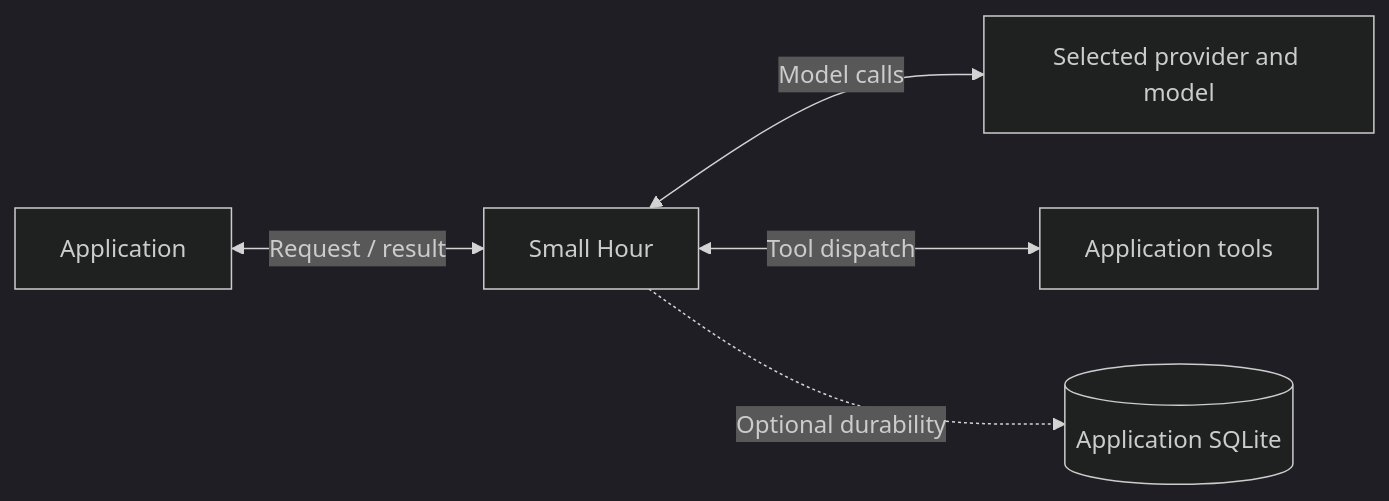
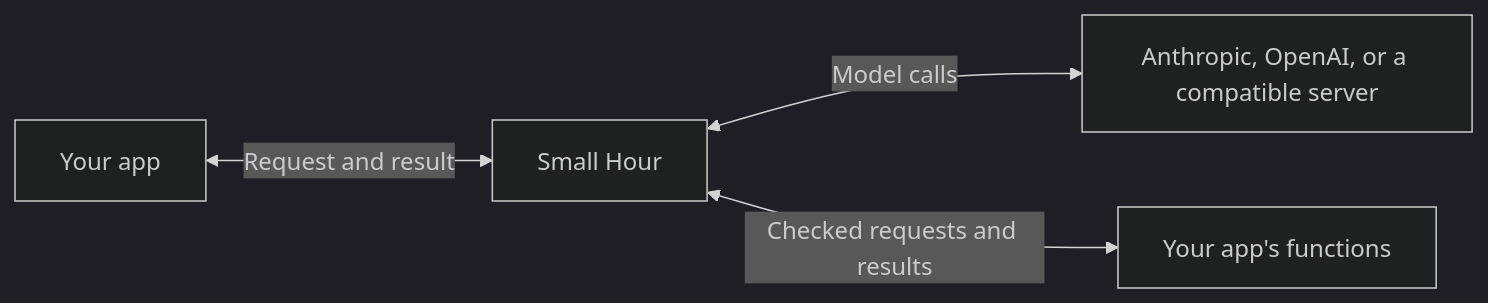
One commit to jingyufanclub/small-hour changed the diagram in README.md. Above: the diagram before and after it, drawn with Mermaid (dark theme). The commit also changed other lines of this file and 20 other files, not shown here.

````diff
--- a/README.md
+++ b/README.md
@@ -7,9 +7,8 @@
 ```mermaid
 flowchart LR
-    accTitle: Small Hour ownership
-    accDescr: The application calls Small Hour and receives a result or error with a report. Small Hour calls the selected provider, dispatches application tools, and optionally records durable evidence in application-owned SQLite.
-    app["Application"] <-->|Request / result| runtime["Small Hour"]
-    runtime <-->|Model calls| provider["Selected provider and model"]
-    runtime <-->|Tool dispatch| tools["Application tools"]
-    runtime -.->|Optional durability| store[("Application SQLite")]
+    accTitle: Where Small Hour fits
+    accDescr: Small Hour runs inside the application, exchanges requests with a model provider, and calls functions supplied by the application.
+    app["Your app"] <-->|Request and result| runtime["Small Hour"]
+    runtime <-->|Model calls| provider["Anthropic, OpenAI, or a compatible server"]
+    runtime <-->|Checked requests and results| tools["Your app's functions"]
 ```
````
